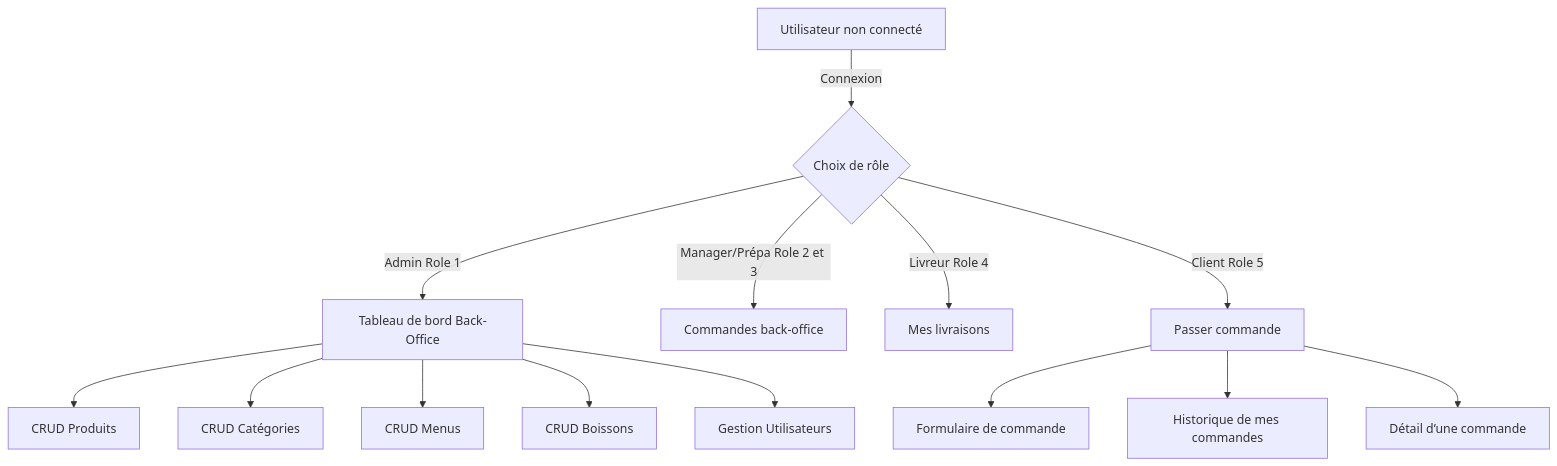
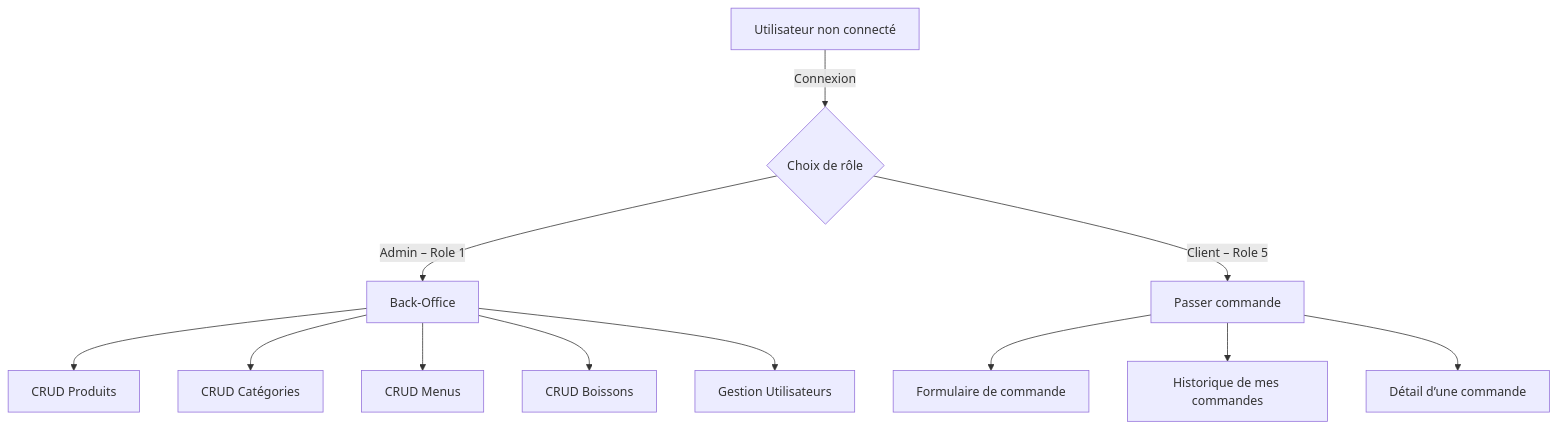
The diagram in README.md (Saldyr/wacdo), drawn with Mermaid before and after one commit. The commit also changed other lines of this file and 2 other files, not shown here.

Commit message:
README finis, ERD, wacdo.sql

````diff
--- a/README.md
+++ b/README.md
@@ -194,18 +191,16 @@
 ```mermaid
 flowchart TD
 A[Utilisateur non connecté] -->|Connexion| B{Choix de rôle}
-B -->|Admin Role 1| C[Tableau de bord Back-Office]
-B -->|Manager/Prépa Role 2 et 3| D[Commandes back-office]
-B -->|Livreur Role 4| E[Mes livraisons]
-B -->|Client Role 5| F[Passer commande]
+B -->|Admin – Role 1| C[Back-Office]
+B -->|Client – Role 5| F[Passer commande]
 
 C --> G[CRUD Produits]
 C --> H[CRUD Catégories]
 C --> I[CRUD Menus]
 C --> J[CRUD Boissons]
 C --> K[Gestion Utilisateurs]
 
 F --> L[Formulaire de commande]
 F --> M[Historique de mes commandes]
 F --> N[Détail d’une commande]
 ```
````
